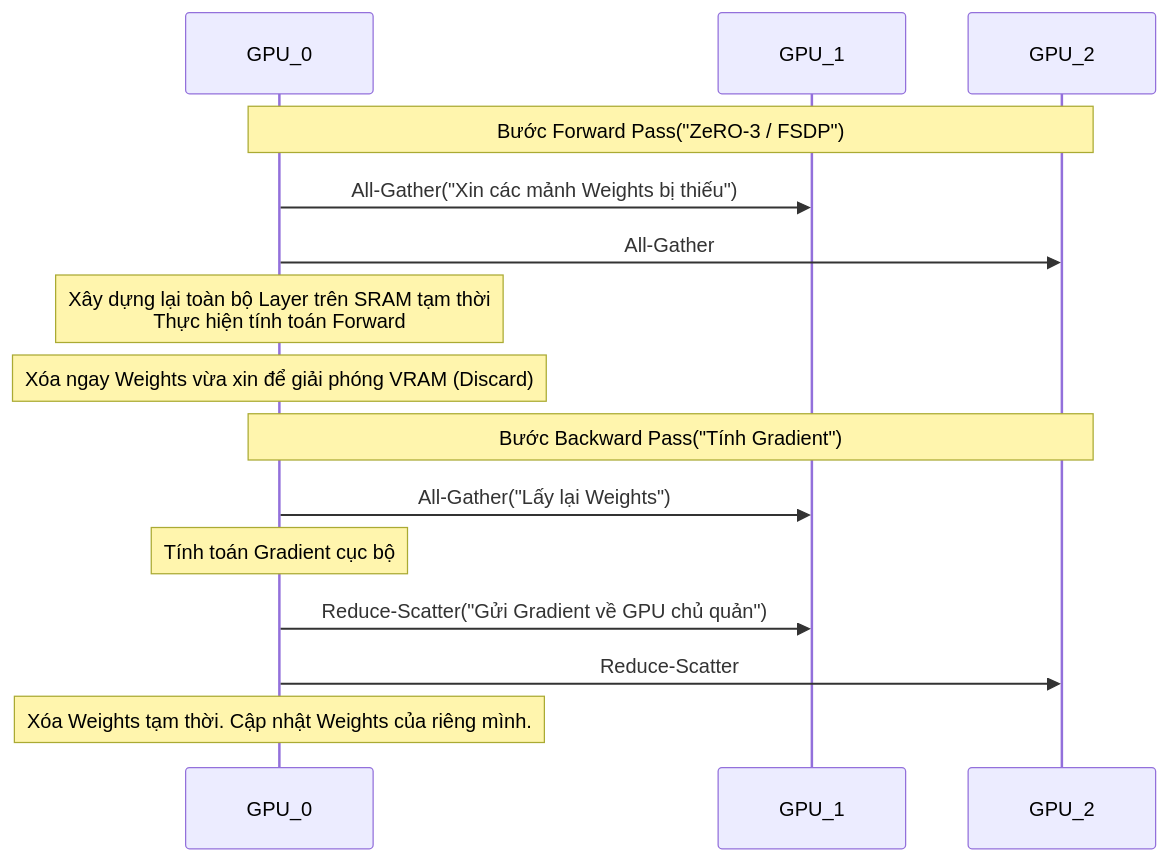
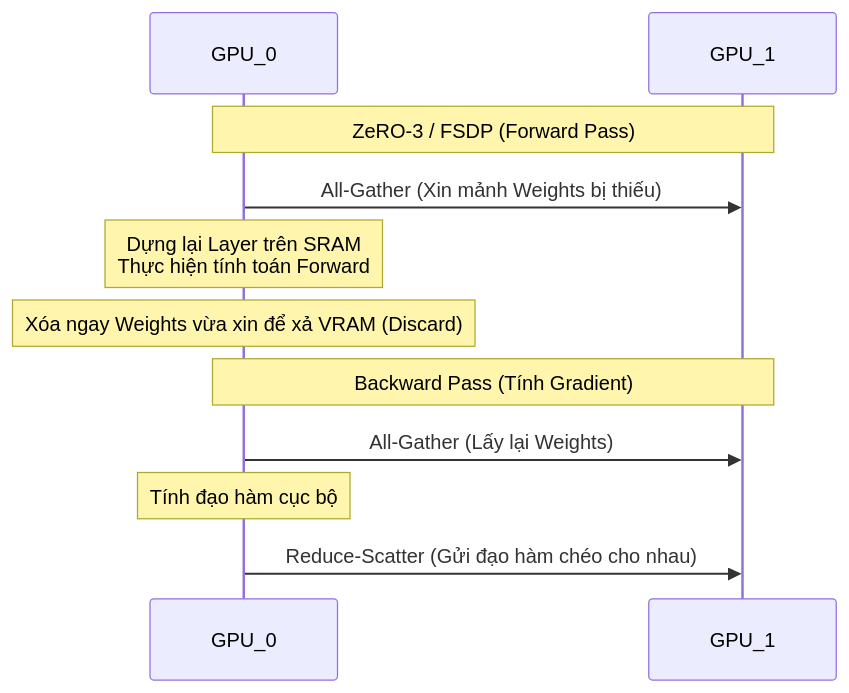
Before and after one commit to kythuatdulieu/kythuatdulieu.github.io: the diagram in src/content/docs/concepts/9-genai-machine-learning/fine-tuning.md, drawn with Mermaid. The commit also changed other lines of this file and 228 other files, not shown here.

Commit message:
Fix syntax and rewrite 200+ concepts docs to deep-dive system architecture and add GA4 tracking to quiz app

````diff
--- a/src/content/docs/concepts/9-genai-machine-learning/fine-tuning.md
+++ b/src/content/docs/concepts/9-genai-machine-learning/fine-tuning.md
@@ -44,19 +33,15 @@
 ```mermaid
 sequenceDiagram
     participant GPU_0
     participant GPU_1
-    participant GPU_2
     
-    Note over GPU_0, GPU_2: Bước Forward Pass("ZeRO-3 / FSDP")
-    GPU_0->>GPU_1: All-Gather("Xin các mảnh Weights bị thiếu")
-    GPU_0->>GPU_2: All-Gather
-    Note over GPU_0: Xây dựng lại toàn bộ Layer trên SRAM tạm thời<br/>Thực hiện tính toán Forward
-    Note over GPU_0: Xóa ngay Weights vừa xin để giải phóng VRAM (Discard)
+    Note over GPU_0, GPU_1: ZeRO-3 / FSDP (Forward Pass)
+    GPU_0->>GPU_1: All-Gather (Xin mảnh Weights bị thiếu)
+    Note over GPU_0: Dựng lại Layer trên SRAM<br/>Thực hiện tính toán Forward
+    Note over GPU_0: Xóa ngay Weights vừa xin để xả VRAM (Discard)
     
-    Note over GPU_0, GPU_2: Bước Backward Pass("Tính Gradient")
-    GPU_0->>GPU_1: All-Gather("Lấy lại Weights")
-    Note over GPU_0: Tính toán Gradient cục bộ
-    GPU_0->>GPU_1: Reduce-Scatter("Gửi Gradient về GPU chủ quản")
-    GPU_0->>GPU_2: Reduce-Scatter
-    Note over GPU_0: Xóa Weights tạm thời. Cập nhật Weights của riêng mình.
+    Note over GPU_0, GPU_1: Backward Pass (Tính Gradient)
+    GPU_0->>GPU_1: All-Gather (Lấy lại Weights)
+    Note over GPU_0: Tính đạo hàm cục bộ
+    GPU_0->>GPU_1: Reduce-Scatter (Gửi đạo hàm chéo cho nhau)
 ```
````
